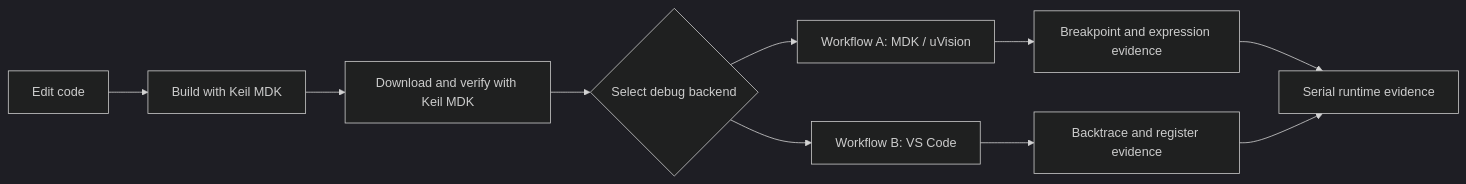
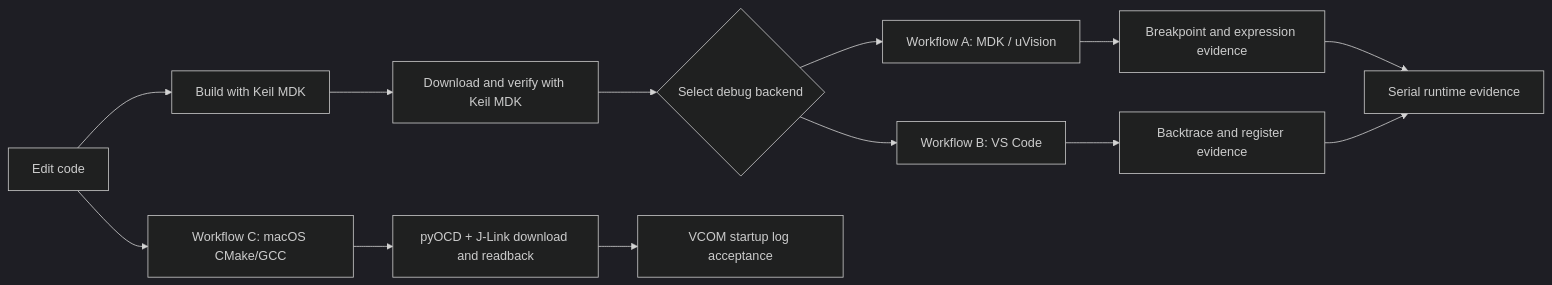
One commit to houhouoch/Workflow-A-or-B- changed the diagram in README.en.md. Above: the diagram before and after it, drawn with Mermaid (dark theme). The commit also changed other lines of this file and 14 other files, not shown here.

Commit message:
docs: add macOS J-Link workflow and validation record

````diff
--- a/README.en.md
+++ b/README.en.md
@@ -14,12 +17,15 @@
 ```mermaid
 flowchart LR
     A[Edit code] --> B[Build with Keil MDK]
     B --> C[Download and verify with Keil MDK]
     C --> D{Select debug backend}
     D --> E[Workflow A: MDK / uVision]
     D --> F[Workflow B: VS Code]
     E --> G[Breakpoint and expression evidence]
     F --> H[Backtrace and register evidence]
     G --> I[Serial runtime evidence]
     H --> I
+    A --> J[Workflow C: macOS CMake/GCC]
+    J --> K[pyOCD + J-Link download and readback]
+    K --> L[VCOM startup log acceptance]
 ```
````
